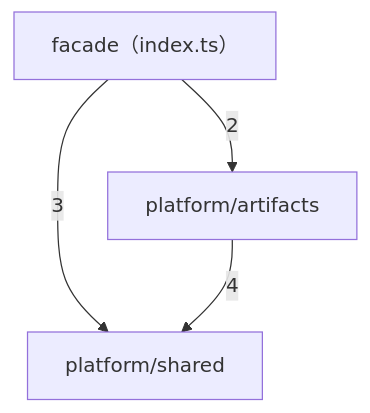
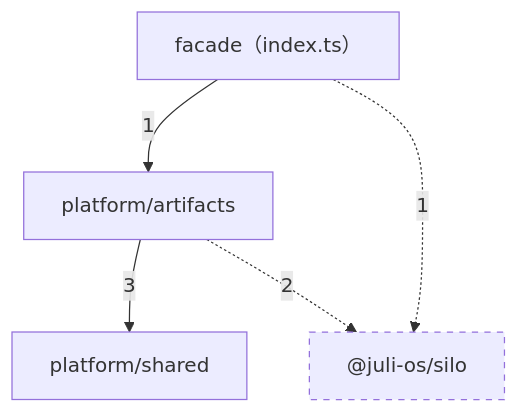
The diagram in docs/gen/architecture.md (juli-os/artifacts), drawn with Mermaid before and after one commit. The commit also changed other lines of this file and 43 other files, not shown here.

First line of the commit message:
refactor: 存储底座平移进 @juli-os/silo，登记归属专注本包 0.4.0

````diff
--- a/docs/gen/architecture.md
+++ b/docs/gen/architecture.md
@@ -8,9 +8,12 @@
 ```mermaid
 flowchart TD
     n0["facade（index.ts）"]
     n1["platform/artifacts"]
     n2["platform/shared"]
-    n0 -->|2| n1
-    n0 -->|3| n2
-    n1 -->|4| n2
+    n0 -->|1| n1
+    n1 -->|3| n2
+    classDef external stroke-dasharray: 5 5
+    e0["@juli-os/silo"]:::external
+    n0 -.->|1| e0
+    n1 -.->|2| e0
 ```
````
